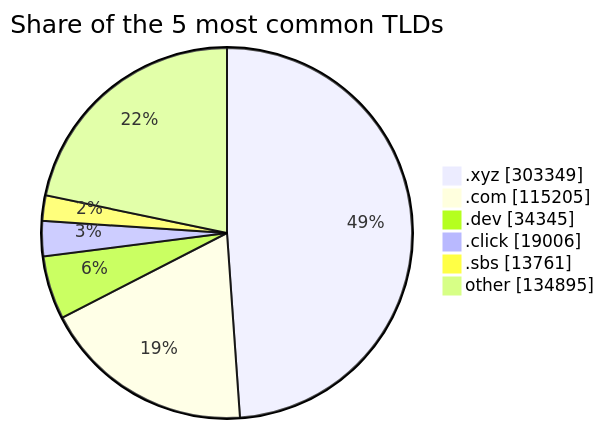
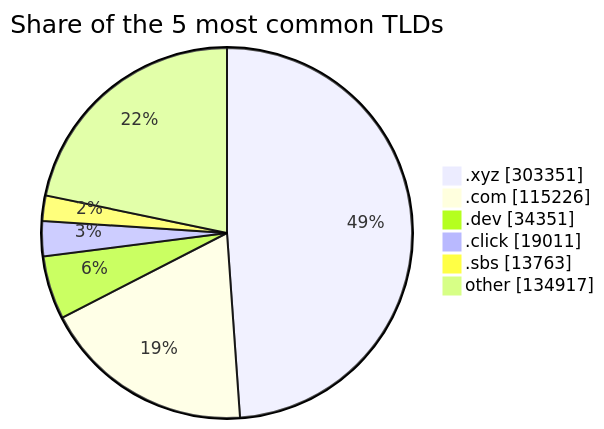
Before and after one commit to DNSBunker/CTI: the third of 3 diagrams in README.md, drawn with Mermaid. The commit also changed other lines of this file and 3 other files, not shown here.

````diff
--- a/README.md
+++ b/README.md
@@ -81,9 +81,9 @@
 ```mermaid
 pie showData title Share of the 5 most common TLDs
-    ".xyz" : 303349
-    ".com" : 115205
-    ".dev" : 34345
-    ".click" : 19006
-    ".sbs" : 13761
-    "other" : 134895
+    ".xyz" : 303351
+    ".com" : 115226
+    ".dev" : 34351
+    ".click" : 19011
+    ".sbs" : 13763
+    "other" : 134917
 ```
````
